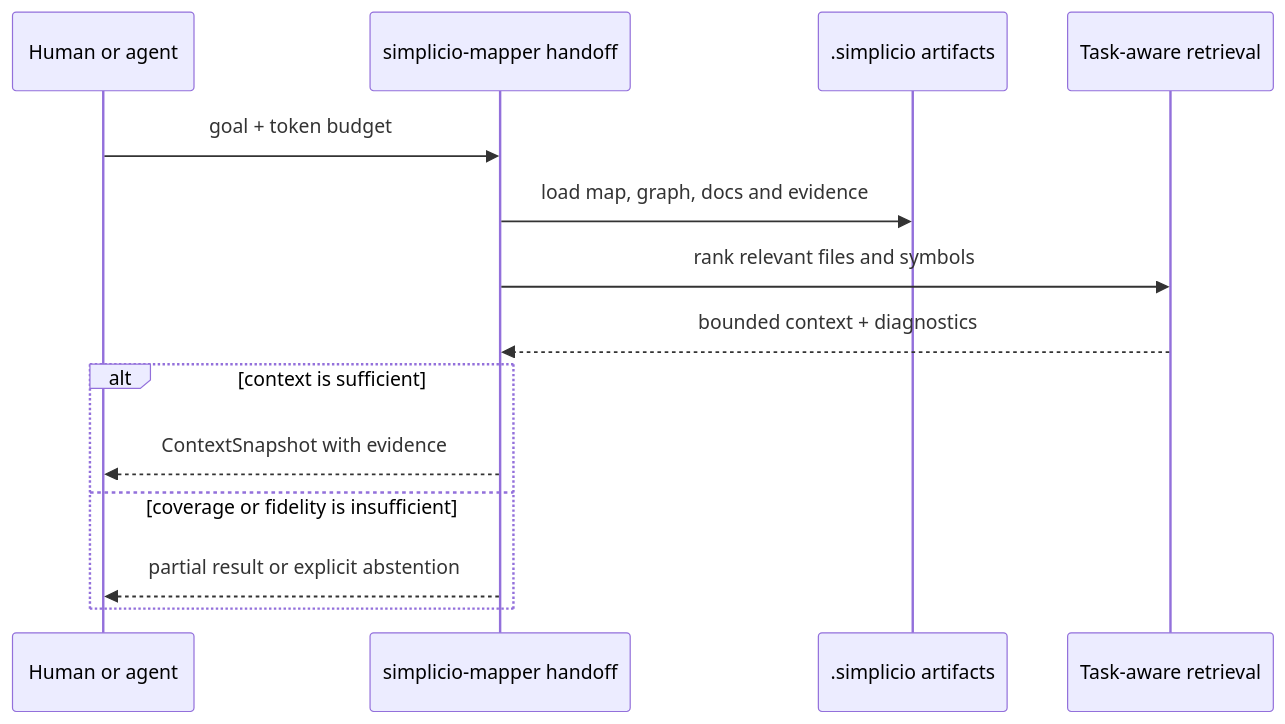
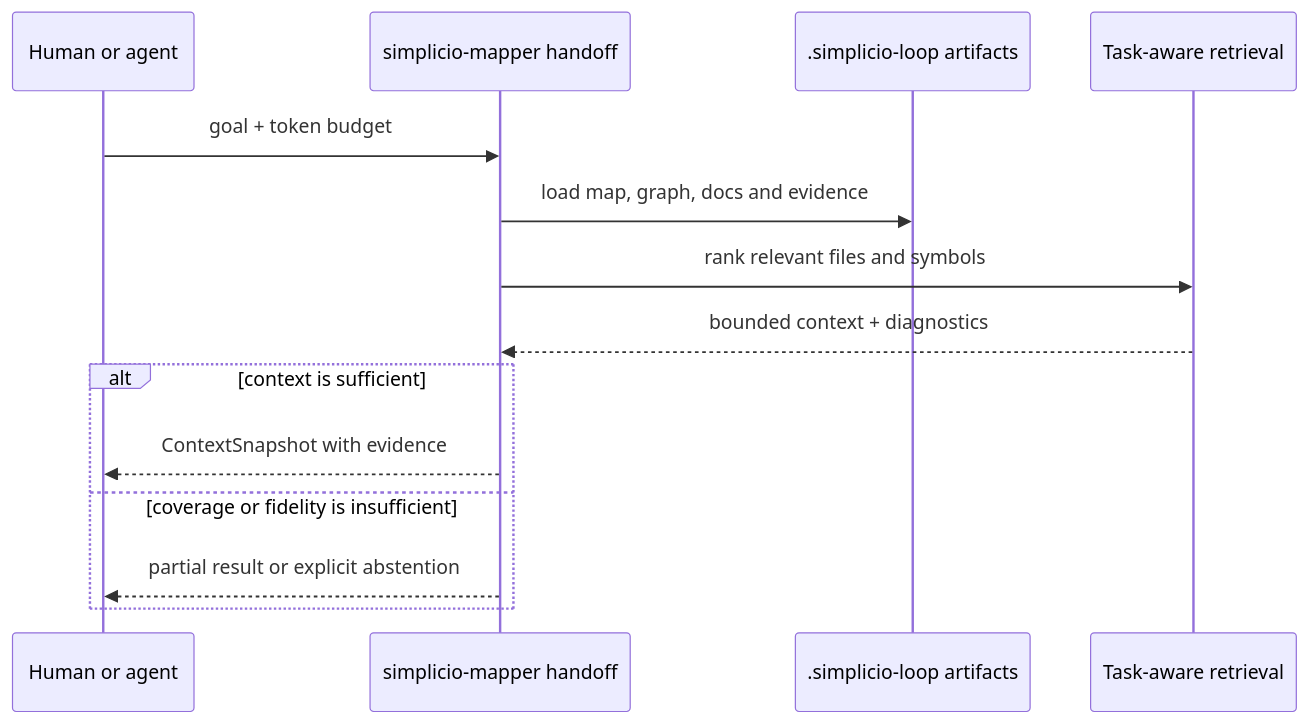
Before and after one commit to simpletibr/simplicio-loop: the second of 4 diagrams in packages/mapper/README.md, drawn with Mermaid. The commit also changed other lines of this file and 767 other files, not shown here.

````diff
--- a/packages/mapper/README.md
+++ b/packages/mapper/README.md
@@ -78,17 +78,17 @@
 ```mermaid
 sequenceDiagram
   participant Operator as Human or agent
   participant CLI as simplicio-mapper handoff
-  participant Artifacts as .simplicio artifacts
+  participant Artifacts as .simplicio-loop artifacts
   participant Ranker as Task-aware retrieval
 
   Operator->>CLI: goal + token budget
   CLI->>Artifacts: load map, graph, docs and evidence
   CLI->>Ranker: rank relevant files and symbols
   Ranker-->>CLI: bounded context + diagnostics
   alt context is sufficient
     CLI-->>Operator: ContextSnapshot with evidence
   else coverage or fidelity is insufficient
     CLI-->>Operator: partial result or explicit abstention
   end
 ```
````
